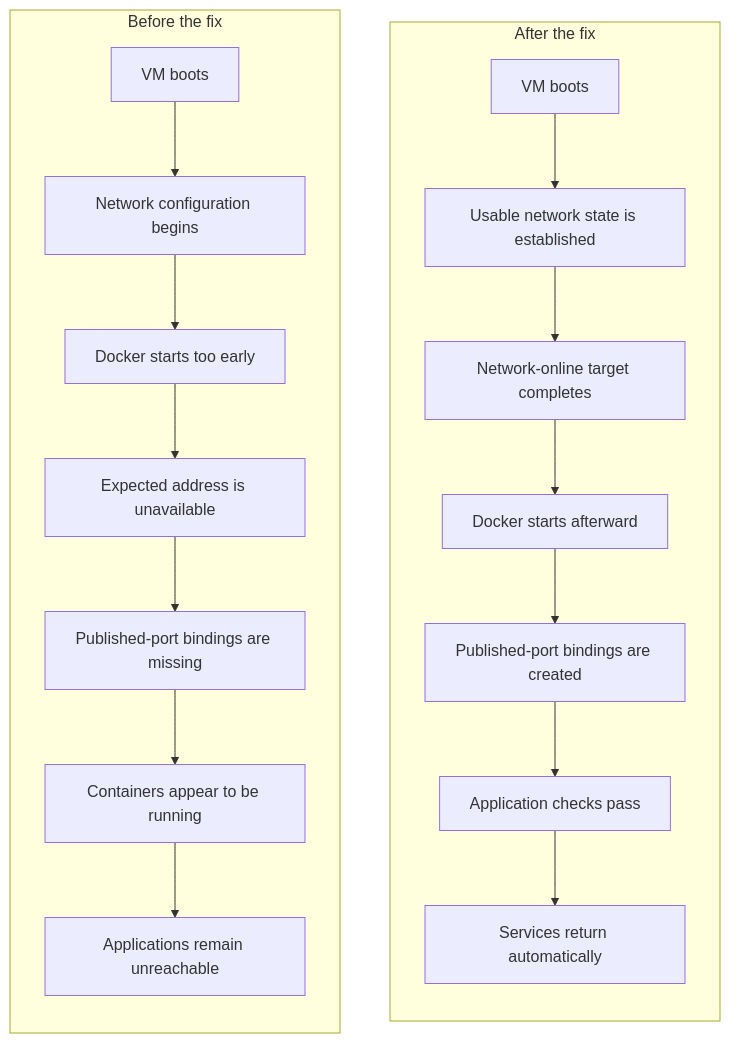
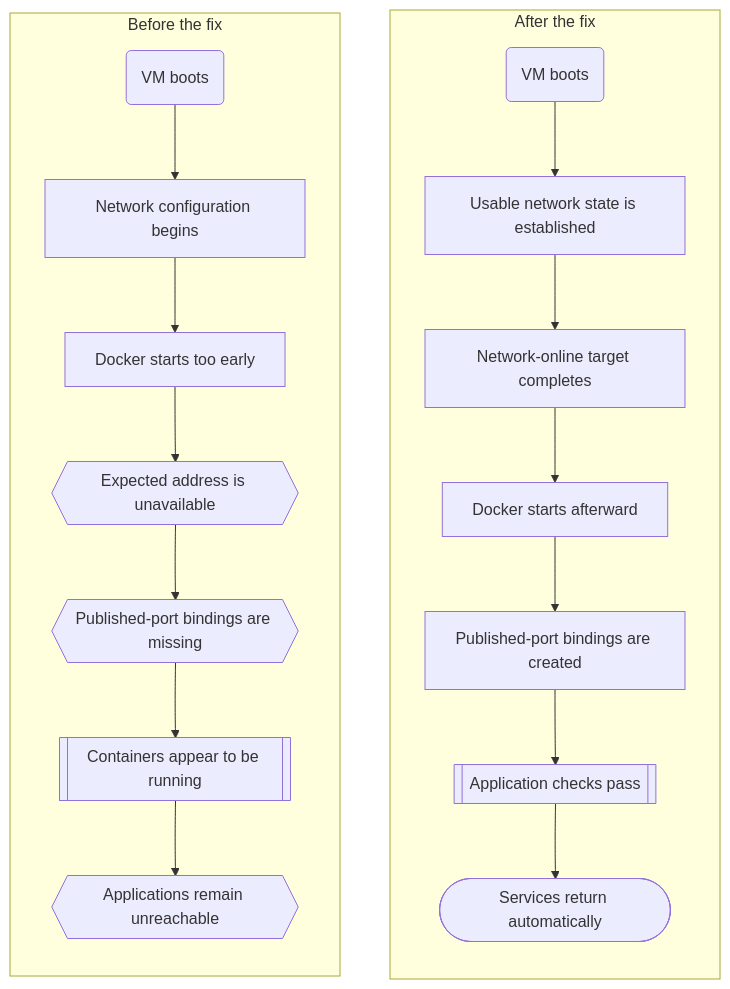
The first of 3 diagrams in site/content/blog/building-my-homelab-part3.md (jnanic/jnanic.github.io), drawn with Mermaid before and after one commit. The commit also changed other lines of this file and 3 other files, not shown here.

Commit message:
updated mermaind diagrams on rest of the blogs.

````diff
--- a/site/content/blog/building-my-homelab-part3.md
+++ b/site/content/blog/building-my-homelab-part3.md
@@ -94,46 +94,52 @@
 ```mermaid size=compact caption="Docker startup before and after network readiness"
 flowchart LR
     accTitle: Docker startup before and after network readiness
     accDescr: Two parallel flows compare the failed startup, where Docker starts before the expected address exists, with the corrected startup, where Docker waits for usable network state and services return automatically.
 
     subgraph before["Before the fix"]
         direction TB
 
-        B_BOOT["VM boots"]
+        B_BOOT("VM boots")
         B_NETWORK["Network configuration begins"]
         B_DOCKER["Docker starts too early"]
-        B_ADDRESS["Expected address is unavailable"]
-        B_BINDINGS["Published-port bindings are missing"]
-        B_STATE["Containers appear to be running"]
-        B_RESULT["Applications remain unreachable"]
+        B_ADDRESS{{"Expected address is unavailable"}}
+        B_BINDINGS{{"Published-port bindings are missing"}}
+        B_STATE[["Containers appear to be running"]]
+        B_RESULT{{"Applications remain unreachable"}}
 
         B_BOOT --> B_NETWORK
         B_NETWORK --> B_DOCKER
         B_DOCKER --> B_ADDRESS
         B_ADDRESS --> B_BINDINGS
         B_BINDINGS --> B_STATE
         B_STATE --> B_RESULT
     end
 
     subgraph after["After the fix"]
         direction TB
 
-        A_BOOT["VM boots"]
+        A_BOOT("VM boots")
         A_NETWORK["Usable network state is established"]
         A_ONLINE["Network-online target completes"]
         A_DOCKER["Docker starts afterward"]
         A_BINDINGS["Published-port bindings are created"]
-        A_STATE["Application checks pass"]
-        A_RESULT["Services return automatically"]
+        A_STATE[["Application checks pass"]]
+        A_RESULT(["Services return automatically"])
 
         A_BOOT --> A_NETWORK
         A_NETWORK --> A_ONLINE
         A_ONLINE --> A_DOCKER
         A_DOCKER --> A_BINDINGS
         A_BINDINGS --> A_STATE
         A_STATE --> A_RESULT
     end
 
     B_BOOT ~~~ A_BOOT
     B_RESULT ~~~ A_RESULT
+
+    class B_BOOT,A_BOOT source;
+    class B_NETWORK,B_DOCKER,A_NETWORK,A_ONLINE,A_DOCKER,A_BINDINGS process;
+    class B_ADDRESS,B_BINDINGS,B_RESULT failure;
+    class B_STATE,A_STATE evidence;
+    class A_RESULT approved;
 ```
````
